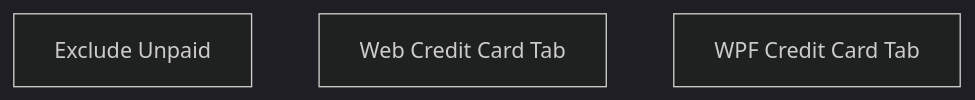
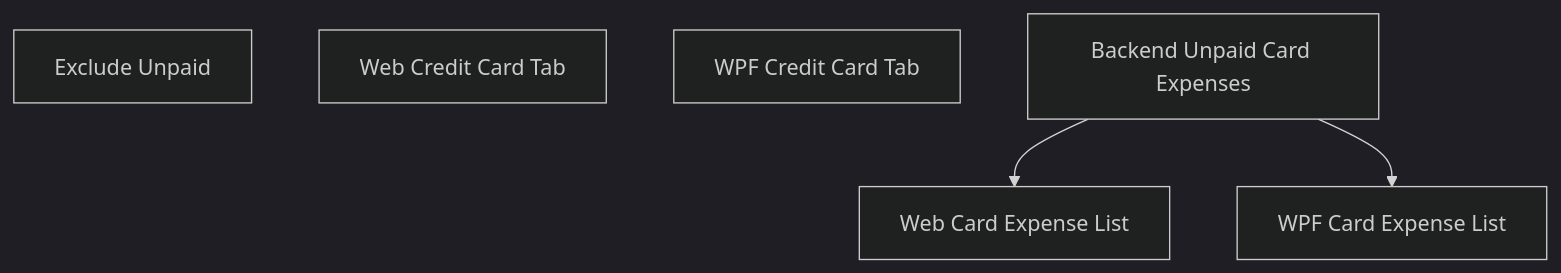
Before and after one commit to ggibellato/Financial: the diagram in docs/prd/P24-prd-credit-card-tab/prd-credit-card-tab.md, drawn with Mermaid (dark theme). The commit also changed other lines of this file and 8 other files, not shown here.

First line of the commit message:
feat(P24-F04): expose unpaid credit card charge expenses (#334)

````diff
--- a/docs/prd/P24-prd-credit-card-tab/prd-credit-card-tab.md
+++ b/docs/prd/P24-prd-credit-card-tab/prd-credit-card-tab.md
@@ -145,6 +205,9 @@
 ```mermaid
 graph TD
   F01[Exclude Unpaid]
   F02[Web Credit Card Tab]
   F03[WPF Credit Card Tab]
+  F04[Backend Unpaid Card Expenses]
+  F04 --> F05[Web Card Expense List]
+  F04 --> F06[WPF Card Expense List]
 ```
````
